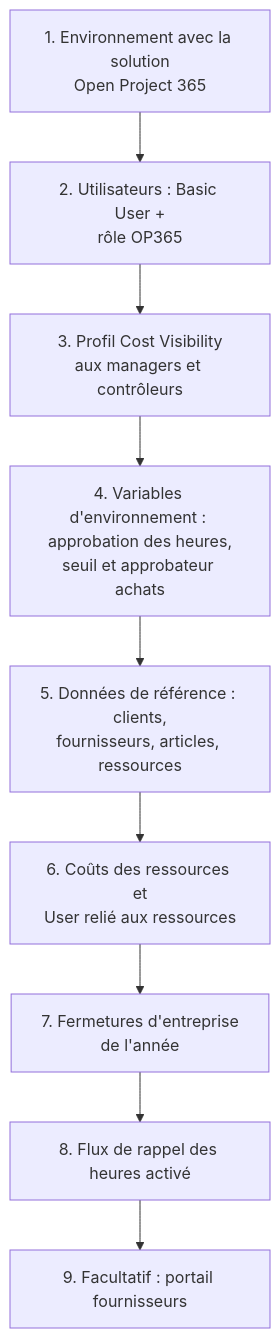
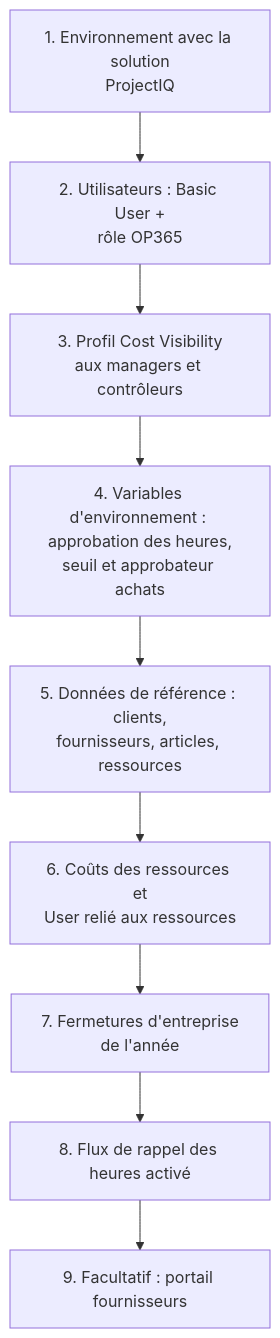
Before and after one commit to Power-Builders-Italia/ProjectIQ: the first of 2 diagrams in docs/fr/administration.md, drawn with Mermaid. The commit also changed other lines of this file and 84 other files, not shown here.

First line of the commit message:
Rebrand product from Open Project 365 to ProjectIQ (#52)

````diff
--- a/docs/fr/administration.md
+++ b/docs/fr/administration.md
@@ -12,11 +12,11 @@
 ```mermaid
 flowchart TD
-    A[1. Environnement avec la solution<br/>Open Project 365] --> B[2. Utilisateurs : Basic User +<br/>rôle OP365]
+    A[1. Environnement avec la solution<br/>ProjectIQ] --> B[2. Utilisateurs : Basic User +<br/>rôle OP365]
     B --> C[3. Profil Cost Visibility<br/>aux managers et contrôleurs]
     C --> D[4. Variables d'environnement : approbation des heures,<br/>seuil et approbateur achats]
     D --> E[5. Données de référence : clients,<br/>fournisseurs, articles, ressources]
     E --> F[6. Coûts des ressources et<br/>User relié aux ressources]
     F --> G[7. Fermetures d'entreprise<br/>de l'année]
     G --> H[8. Flux de rappel des heures activé]
     H --> I[9. Facultatif : portail fournisseurs]
 ```
````
